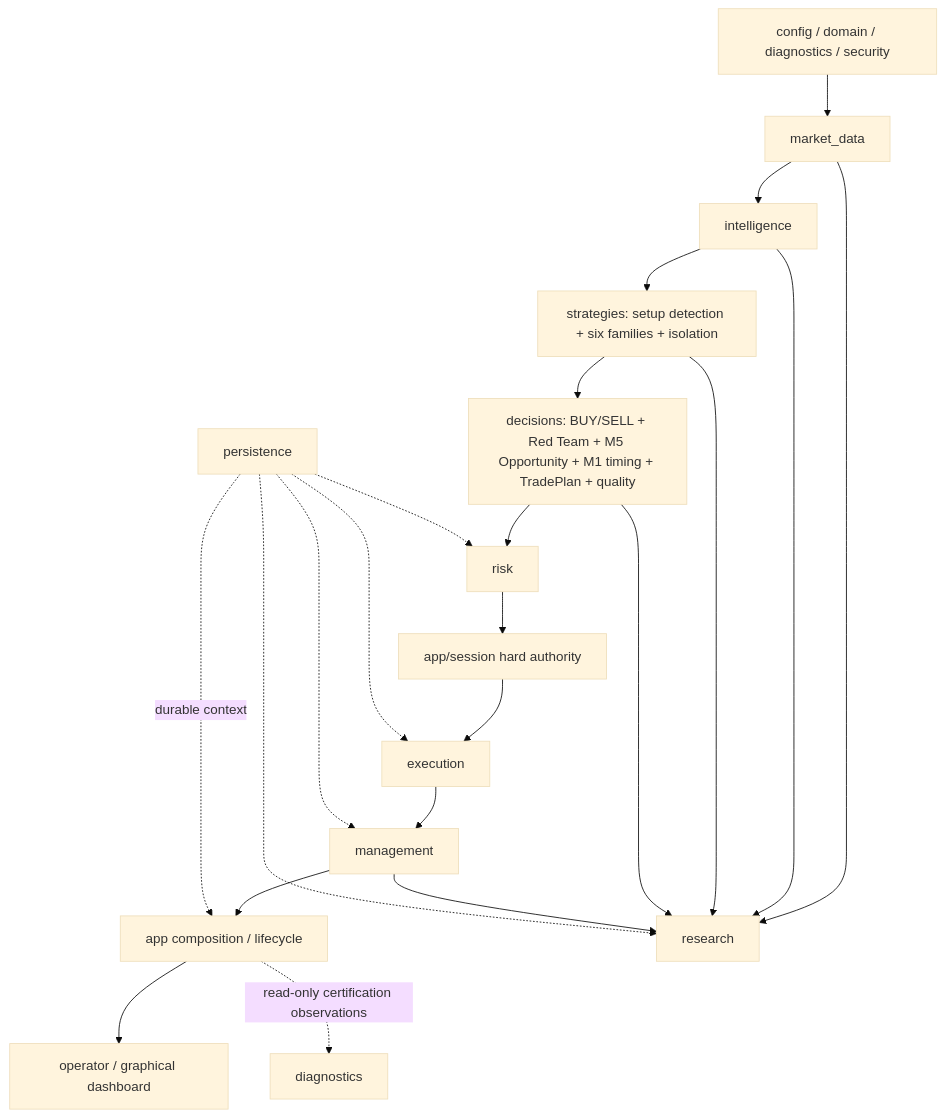
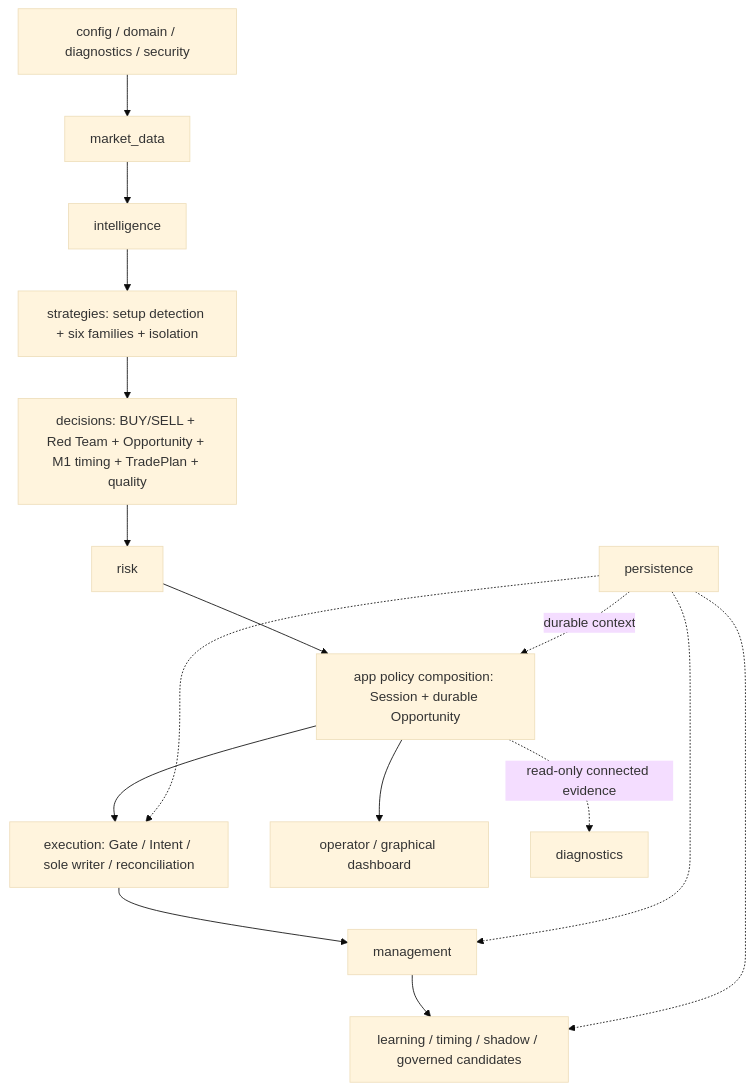
The diagram in Documents/07-engineering/MODULE_STRUCTURE.md (Hatoobachoo/GoldScalpTrader), drawn with Mermaid (base theme) before and after one commit. The commit also changed other lines of this file and 2 other files, not shown here.

Commit message:
docs: sync connected certification evidence architecture

````diff
--- a/Documents/07-engineering/MODULE_STRUCTURE.md
+++ b/Documents/07-engineering/MODULE_STRUCTURE.md
@@ -9,26 +9,18 @@
 ```mermaid
 flowchart TB
     BASE["config / domain / diagnostics / security"] --> DATA["market_data"]
     DATA --> INTEL["intelligence"]
     INTEL --> STRAT["strategies: setup detection + six families + isolation"]
-    STRAT --> DEC["decisions: BUY/SELL + Red Team + M5 Opportunity + M1 timing + TradePlan + quality"]
+    STRAT --> DEC["decisions: BUY/SELL + Red Team + Opportunity + M1 timing + TradePlan + quality"]
     DEC --> RISK["risk"]
-    RISK --> SESSION["app/session hard authority"]
-    SESSION --> EXEC["execution"]
+    RISK --> APP["app policy composition: Session + durable Opportunity"]
+    APP --> EXEC["execution: Gate / Intent / sole writer / reconciliation"]
     EXEC --> MGMT["management"]
-    MGMT --> APP["app composition / lifecycle"]
+    MGMT --> RESEARCH["learning / timing / shadow / governed candidates"]
     APP --> OP["operator / graphical dashboard"]
-
-    DATA --> RESEARCH["research"]
-    INTEL --> RESEARCH
-    STRAT --> RESEARCH
-    DEC --> RESEARCH
-    MGMT --> RESEARCH
-
     PERSIST["persistence"] -. "durable context" .-> APP
-    PERSIST -.-> RISK
     PERSIST -.-> EXEC
     PERSIST -.-> MGMT
     PERSIST -.-> RESEARCH
-    APP -. "read-only certification observations" .-> DIAG["diagnostics"]
+    APP -. "read-only connected evidence" .-> DIAG["diagnostics"]
 ```
````
